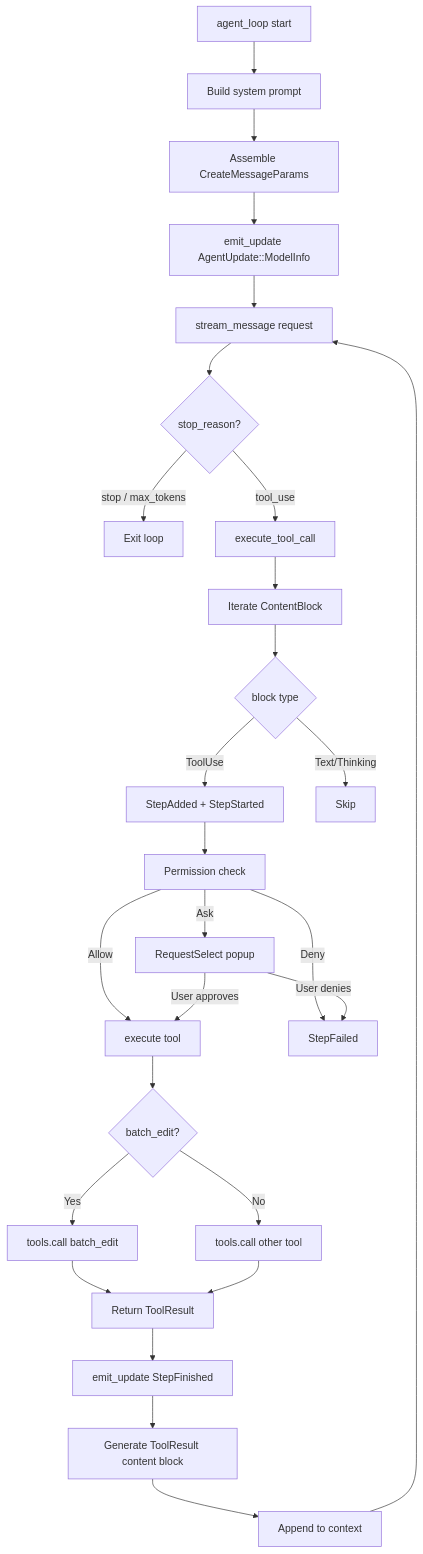
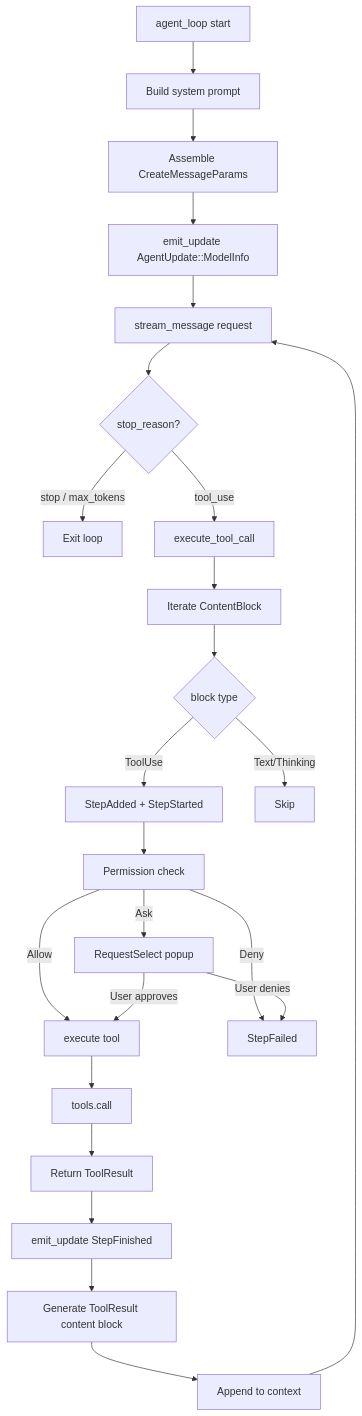
Before and after one commit to rust-infra/tact: the second of 4 diagrams in docs/batch_tools_flow.md, drawn with Mermaid. The commit also changed other lines of this file and 29 other files, not shown here.

First line of the commit message:
refactor(tools): restore edit_file and remove batch_edit

````diff
--- a/docs/batch_tools_flow.md
+++ b/docs/batch_tools_flow.md
@@ -90,35 +65,31 @@
 ```mermaid
 flowchart TD
     A[agent_loop start] --> B[Build system prompt]
     B --> C[Assemble CreateMessageParams]
     C --> D[emit_update AgentUpdate::ModelInfo]
     D --> E[stream_message request]
 
     E --> F{stop_reason?}
     F -->|stop / max_tokens| G[Exit loop]
     F -->|tool_use| H[execute_tool_call]
 
     H --> I[Iterate ContentBlock]
     I --> J{block type}
     J -->|ToolUse| K[StepAdded + StepStarted]
     J -->|Text/Thinking| L[Skip]
 
     K --> M[Permission check]
     M -->|Allow| N[execute tool]
     M -->|Deny| O[StepFailed]
     M -->|Ask| P[RequestSelect popup]
     P -->|User approves| N
     P -->|User denies| O
 
-    N --> Q{batch_edit?}
-    Q -->|Yes| R[tools.call batch_edit]
-    Q -->|No| S[tools.call other tool]
-
-    R --> T[Return ToolResult]
-    S --> T
+    N --> S[tools.call]
+    S --> T[Return ToolResult]
 
     T --> U[emit_update StepFinished]
     U --> V[Generate ToolResult content block]
     V --> W[Append to context]
     W --> E
 ```
````
